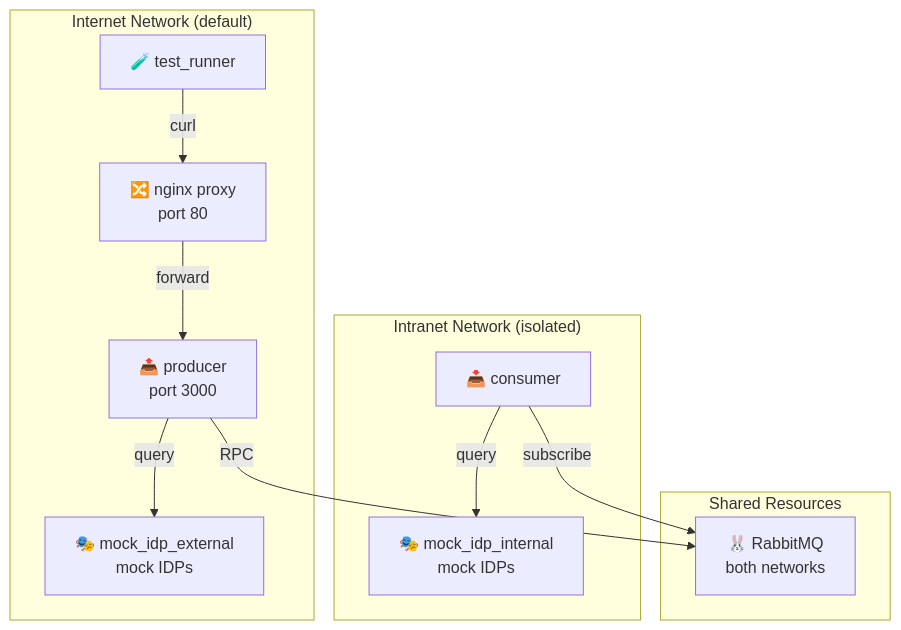
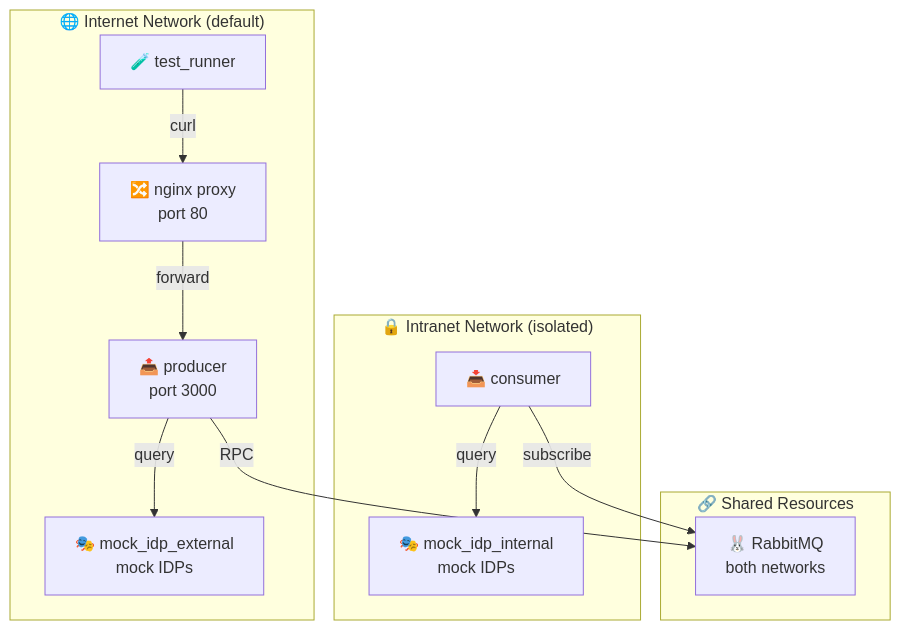
Before and after one commit to proconnect-gouv/idp-status-monitoring: the diagram in examples/idp_proxy_middleware/README.md, drawn with Mermaid. The commit also changed 2 other files, not shown here.

Commit message:
docs: enhance architecture diagrams with network subgraphs
- Added internet (🌐) and intranet (🔒) network subgraphs to all examples
- Added shared resources (🔗) subgraph for RabbitMQ broker
- Improved diagram clarity showing network boundaries and isolation
- Added emojis to subgraph titles for visual distinction

````diff
--- a/examples/idp_proxy_middleware/README.md
+++ b/examples/idp_proxy_middleware/README.md
@@ -7,25 +7,25 @@
 ```mermaid
 graph TB
-    subgraph internet["Internet Network (default)"]
+    subgraph internet["🌐 Internet Network (default)"]
         test["🧪 test_runner"]
         proxy["🔀 nginx proxy<br/>port 80"]
         producer["📤 producer<br/>port 3000"]
         mock_ext["🎭 mock_idp_external<br/>mock IDPs"]
     end
 
-    subgraph intranet["Intranet Network (isolated)"]
+    subgraph intranet["🔒 Intranet Network (isolated)"]
         consumer["📥 consumer"]
         mock_int["🎭 mock_idp_internal<br/>mock IDPs"]
     end
 
-    subgraph shared["Shared Resources"]
+    subgraph shared["🔗 Shared Resources"]
         rabbitmq["🐰 RabbitMQ<br/>both networks"]
     end
 
     test -->|curl| proxy
     proxy -->|forward| producer
     producer -->|query| mock_ext
     producer -->|RPC| rabbitmq
     consumer -->|subscribe| rabbitmq
     consumer -->|query| mock_int
 ```
````
